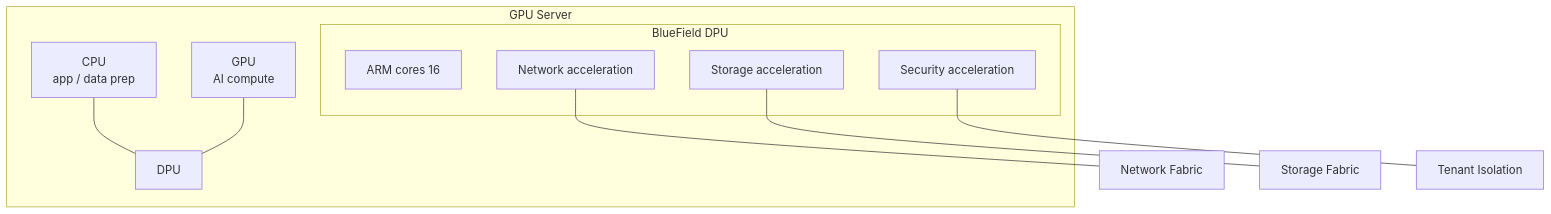
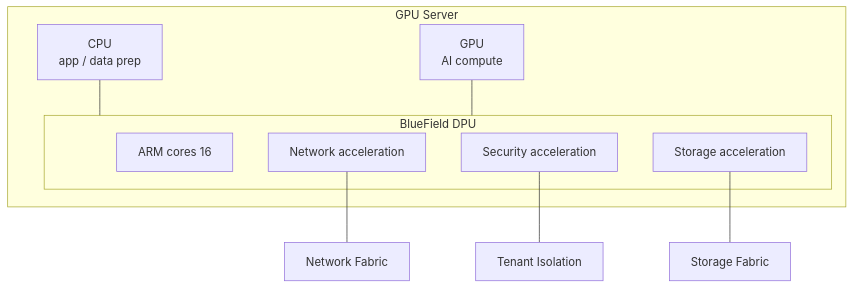
The diagram in 08_dpu/explanation.md (AungAung-Drlinuxer/NCA-AIIO-course), drawn with Mermaid before and after one commit. The commit also changed other lines of this file and 15 other files, not shown here.

````diff
--- a/08_dpu/explanation.md
+++ b/08_dpu/explanation.md
@@ -21,18 +21,18 @@
 ```mermaid
 flowchart TD
     subgraph GPU Server
     CPU[CPU<br/>app / data prep] 
     GPU[GPU<br/>AI compute]
-    subgraph BlueField DPU
+    subgraph DPU[BlueField DPU]
     ARM[ARM cores 16]
     NET[Network acceleration]
     SEC[Security acceleration]
     STOR[Storage acceleration]
     end
     CPU --- DPU
     GPU --- DPU
     end
     NET --- F[Network Fabric]
     STOR --- S[Storage Fabric]
     SEC --- T[Tenant Isolation]
 ```
````
